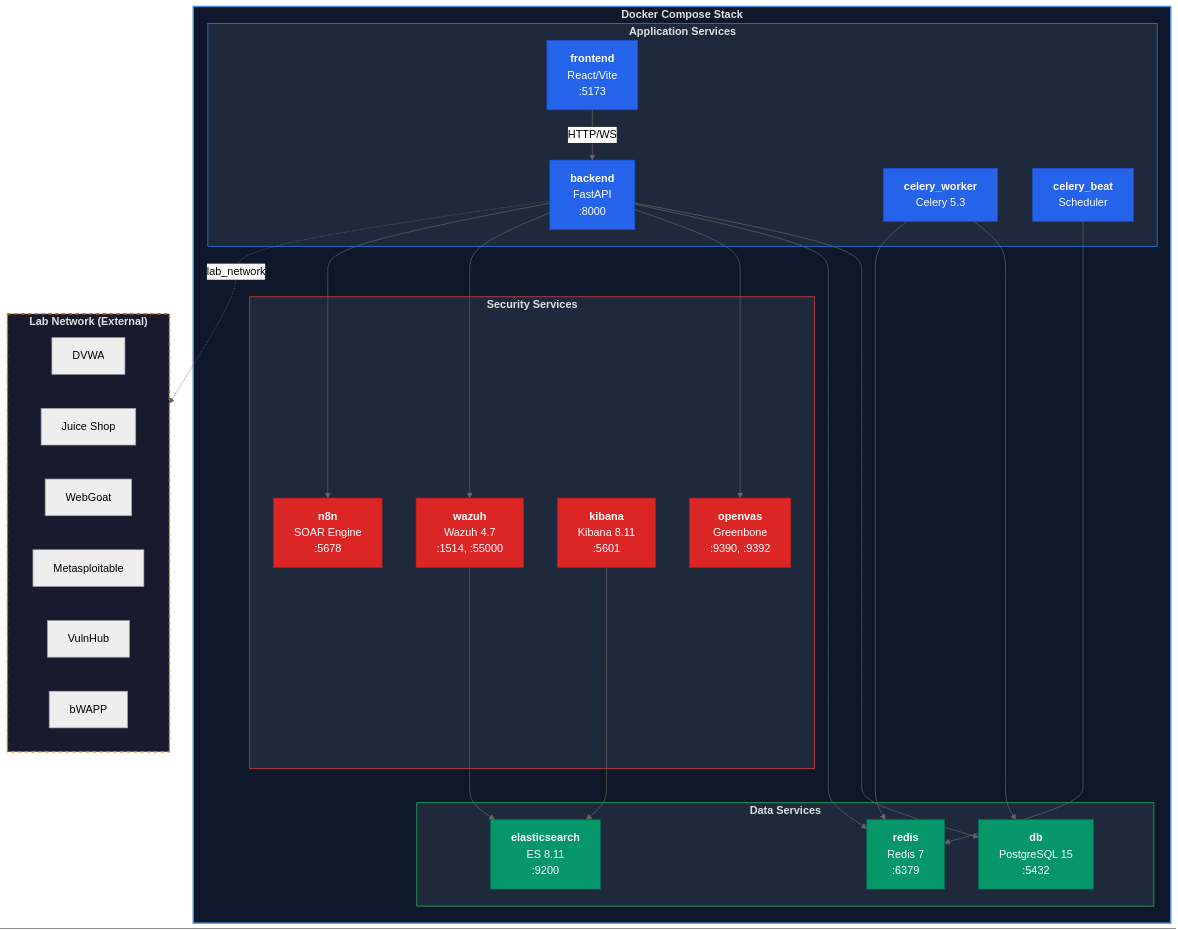
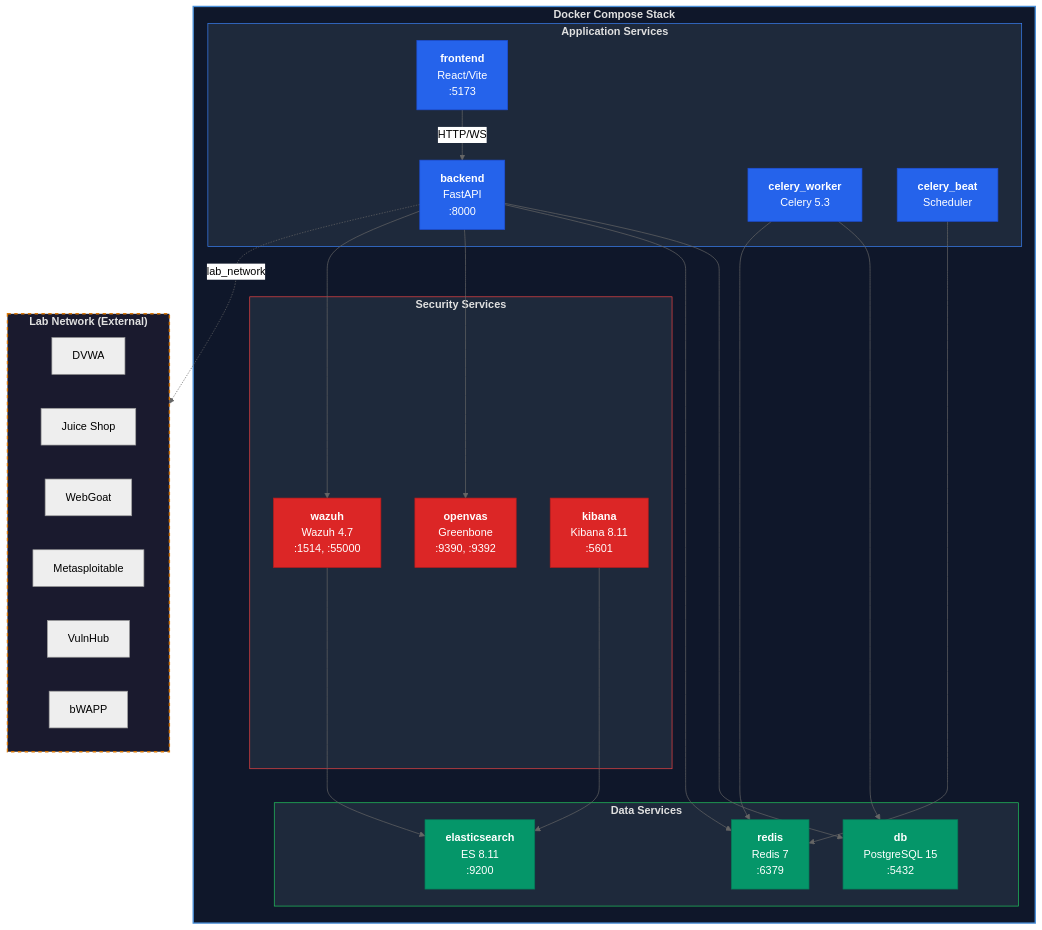
Before and after one commit to MazenAlaa305/ORCHESTRATION-SECURITY-CENTER: the eighth of 17 diagrams in FYP_Figures.md, drawn with Mermaid (neutral theme). The commit also changed other lines of this file and 4 other files, not shown here.

````diff
--- a/FYP_Figures.md
+++ b/FYP_Figures.md
@@ -496,63 +488,60 @@
 ```mermaid
 flowchart TB
     subgraph DockerCompose["<b>Docker Compose Stack</b>"]
         subgraph AppLayer["<b>Application Services</b>"]
             BE["<b>backend</b><br/>FastAPI<br/>:8000"]
             FE_S["<b>frontend</b><br/>React/Vite<br/>:5173"]
             CW["<b>celery_worker</b><br/>Celery 5.3"]
             CB["<b>celery_beat</b><br/>Scheduler"]
         end
 
         subgraph DataLayer["<b>Data Services</b>"]
             DB["<b>db</b><br/>PostgreSQL 15<br/>:5432"]
             RD["<b>redis</b><br/>Redis 7<br/>:6379"]
             EL["<b>elasticsearch</b><br/>ES 8.11<br/>:9200"]
         end
 
         subgraph SecurityLayer["<b>Security Services</b>"]
             OV["<b>openvas</b><br/>Greenbone<br/>:9390, :9392"]
             WZ["<b>wazuh</b><br/>Wazuh 4.7<br/>:1514, :55000"]
             KB["<b>kibana</b><br/>Kibana 8.11<br/>:5601"]
-            NN["<b>n8n</b><br/>SOAR Engine<br/>:5678"]
         end
     end
 
     subgraph LabNetwork["<b>Lab Network (External)</b>"]
         T1["DVWA"]
         T2["Juice Shop"]
         T3["WebGoat"]
         T4["Metasploitable"]
         T5["VulnHub"]
         T6["bWAPP"]
     end
 
     BE --> DB
     BE --> RD
     CW --> DB
     CW --> RD
     CB --> RD
     WZ --> EL
     KB --> EL
     BE --> OV
     BE --> WZ
-    BE --> NN
     FE_S -- "HTTP/WS" --> BE
     BE -. "lab_network" .-> LabNetwork
 
     style DockerCompose fill:#0f172a,stroke:#4a90d9,stroke-width:2px,color:#e0e0e0
     style AppLayer fill:#1e293b,stroke:#3b82f6,stroke-width:1px,color:#e0e0e0
     style DataLayer fill:#1e293b,stroke:#22c55e,stroke-width:1px,color:#e0e0e0
     style SecurityLayer fill:#1e293b,stroke:#ef4444,stroke-width:1px,color:#e0e0e0
     style LabNetwork fill:#1a1a2e,stroke:#d97706,stroke-width:2px,stroke-dasharray:5 5,color:#e0e0e0
     style BE fill:#2563eb,stroke:#1d4ed8,color:#fff
     style FE_S fill:#2563eb,stroke:#1d4ed8,color:#fff
     style CW fill:#2563eb,stroke:#1d4ed8,color:#fff
     style CB fill:#2563eb,stroke:#1d4ed8,color:#fff
     style DB fill:#059669,stroke:#047857,color:#fff
     style RD fill:#059669,stroke:#047857,color:#fff
     style EL fill:#059669,stroke:#047857,color:#fff
     style OV fill:#dc2626,stroke:#b91c1c,color:#fff
     style WZ fill:#dc2626,stroke:#b91c1c,color:#fff
     style KB fill:#dc2626,stroke:#b91c1c,color:#fff
-    style NN fill:#dc2626,stroke:#b91c1c,color:#fff
 ```
````
